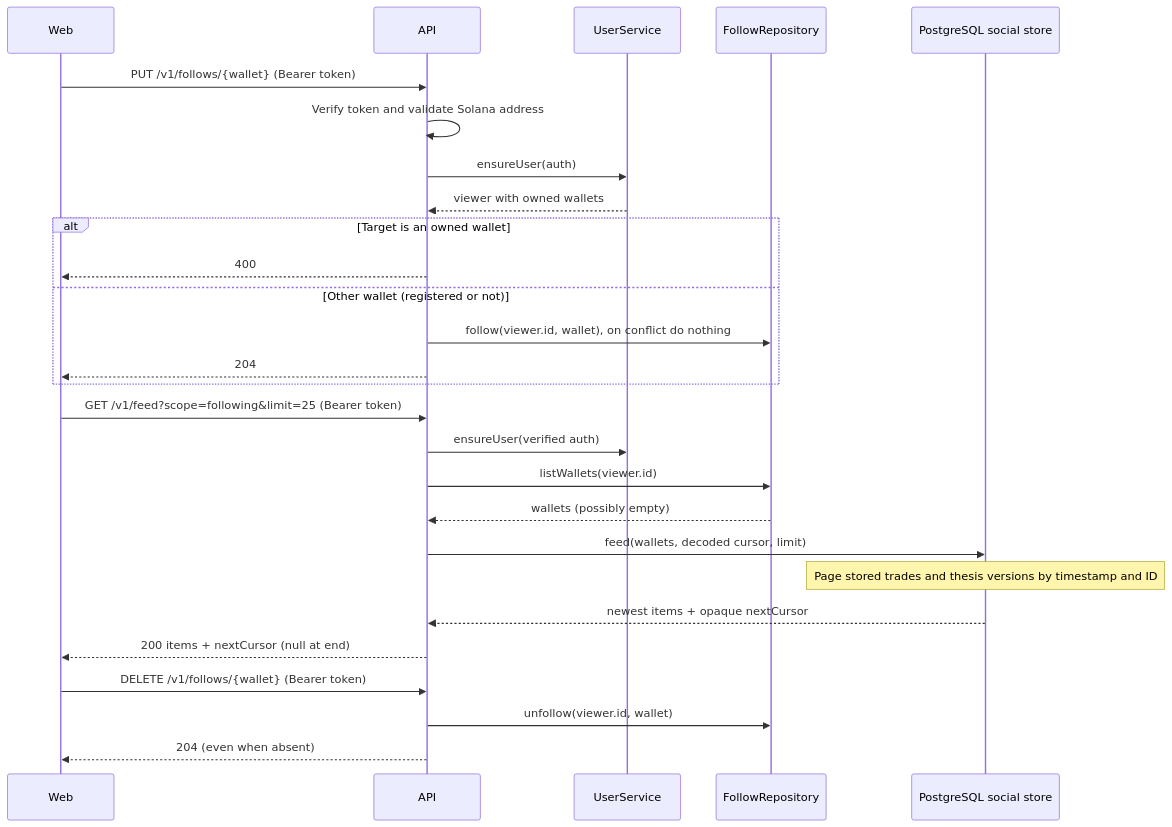
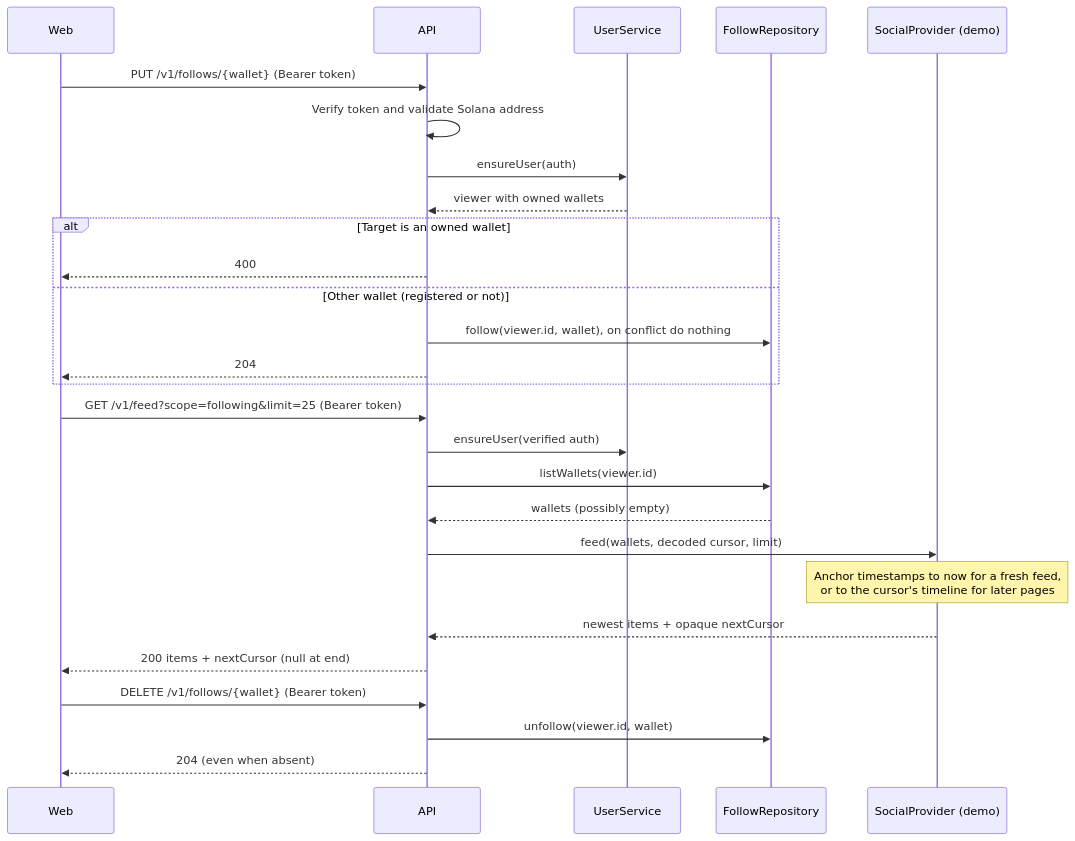
One commit to jog01/agele changed the fourth of 9 diagrams in docs/flows.md. Above: the diagram before and after it, drawn with Mermaid. The commit also changed other lines of this file and 31 other files, not shown here.

````diff
--- a/docs/flows.md
+++ b/docs/flows.md
@@ -230,29 +131,29 @@
 ```mermaid
 sequenceDiagram
   participant W as Web
   participant A as API
   participant U as UserService
   participant R as FollowRepository
-  participant S as PostgreSQL social store
+  participant S as SocialProvider (demo)
   W->>A: PUT /v1/follows/{wallet} (Bearer token)
   A->>A: Verify token and validate Solana address
   A->>U: ensureUser(auth)
   U-->>A: viewer with owned wallets
   alt Target is an owned wallet
     A-->>W: 400
   else Other wallet (registered or not)
     A->>R: follow(viewer.id, wallet), on conflict do nothing
     A-->>W: 204
   end
   W->>A: GET /v1/feed?scope=following&limit=25 (Bearer token)
   A->>U: ensureUser(verified auth)
   A->>R: listWallets(viewer.id)
   R-->>A: wallets (possibly empty)
   A->>S: feed(wallets, decoded cursor, limit)
-  Note over S: Page stored trades and thesis versions by timestamp and ID
+  Note over S: Anchor timestamps to now for a fresh feed,<br/>or to the cursor's timeline for later pages
   S-->>A: newest items + opaque nextCursor
   A-->>W: 200 items + nextCursor (null at end)
   W->>A: DELETE /v1/follows/{wallet} (Bearer token)
   A->>R: unfollow(viewer.id, wallet)
   A-->>W: 204 (even when absent)
 ```
````
